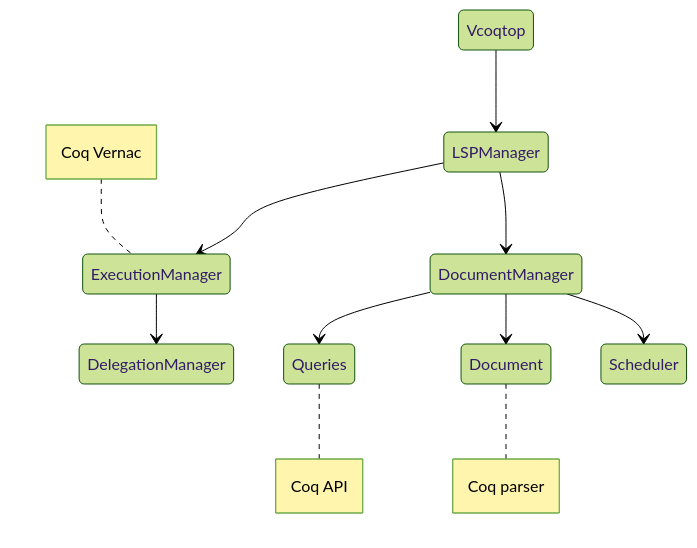
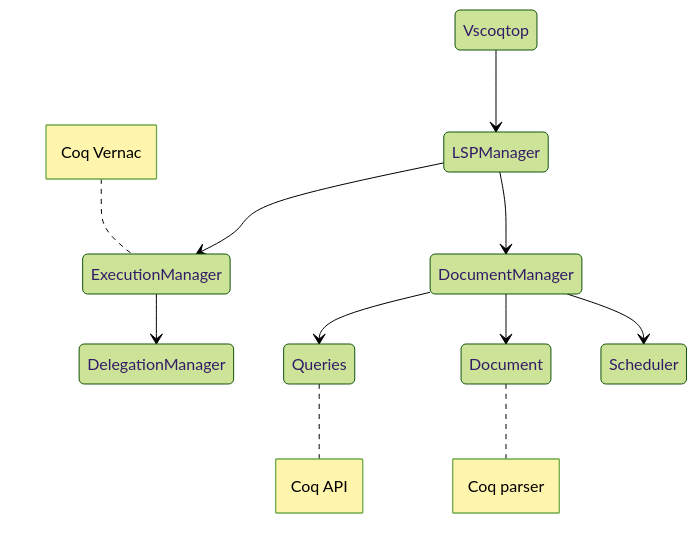
The diagram in docs/developers.md (coq/vscoq), drawn with Mermaid (forest theme) before and after one commit. The commit also changed other lines of this file, not shown here.

````diff
--- a/docs/developers.md
+++ b/docs/developers.md
@@ -23,21 +23,21 @@
 ```mermaid
     stateDiagram-v2
-        A: Vcoqtop
+        A: Vscoqtop
         B: LSPManager
         C: DocumentManager
         D: ExecutionManager
         note left of D: Coq Vernac
         E: DelegationManager
         F: Queries
         note right of F: Coq API
         G: Document
         note right of G: Coq parser
         H: Scheduler
-        A --> B 
+        A --> B
         B --> C
         B --> D
         D --> E
         C --> F
         C --> G
         C --> H
 ```
````
